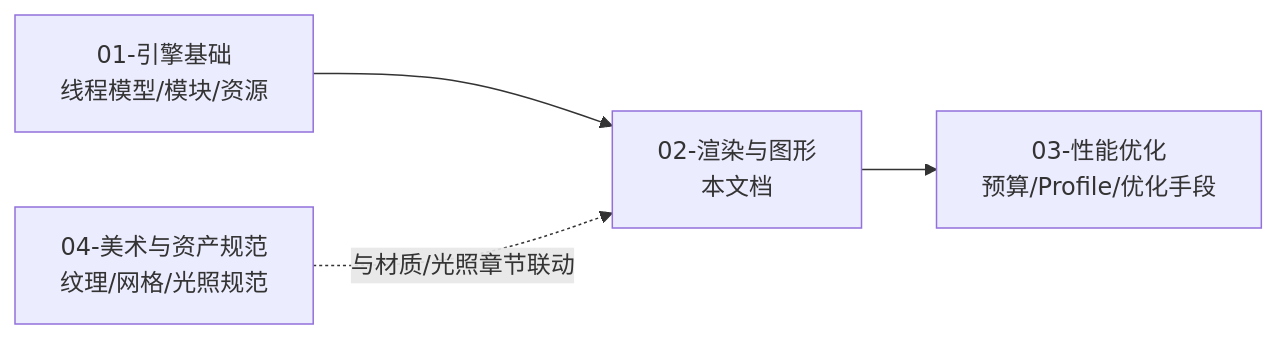
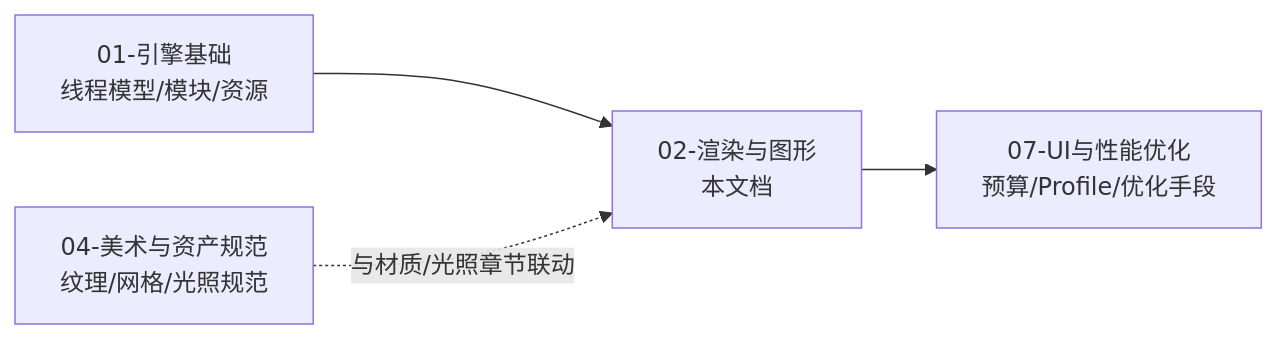
The second of 2 diagrams in 游戏知识/02-渲染与图形/README.md (fantuan812/learning), drawn with Mermaid before and after one commit. The commit also changed other lines of this file and 36 other files, not shown here.

````diff
--- a/游戏知识/02-渲染与图形/README.md
+++ b/游戏知识/02-渲染与图形/README.md
@@ -111,6 +111,6 @@
 ```mermaid
 flowchart LR
     E[01-引擎基础<br/>线程模型/模块/资源] --> R[02-渲染与图形<br/>本文档]
-    R --> P[03-性能优化<br/>预算/Profile/优化手段]
+    R --> P[07-UI与性能优化<br/>预算/Profile/优化手段]
     A[04-美术与资产规范<br/>纹理/网格/光照规范] -. 与材质/光照章节联动 .-> R
 ```
````
